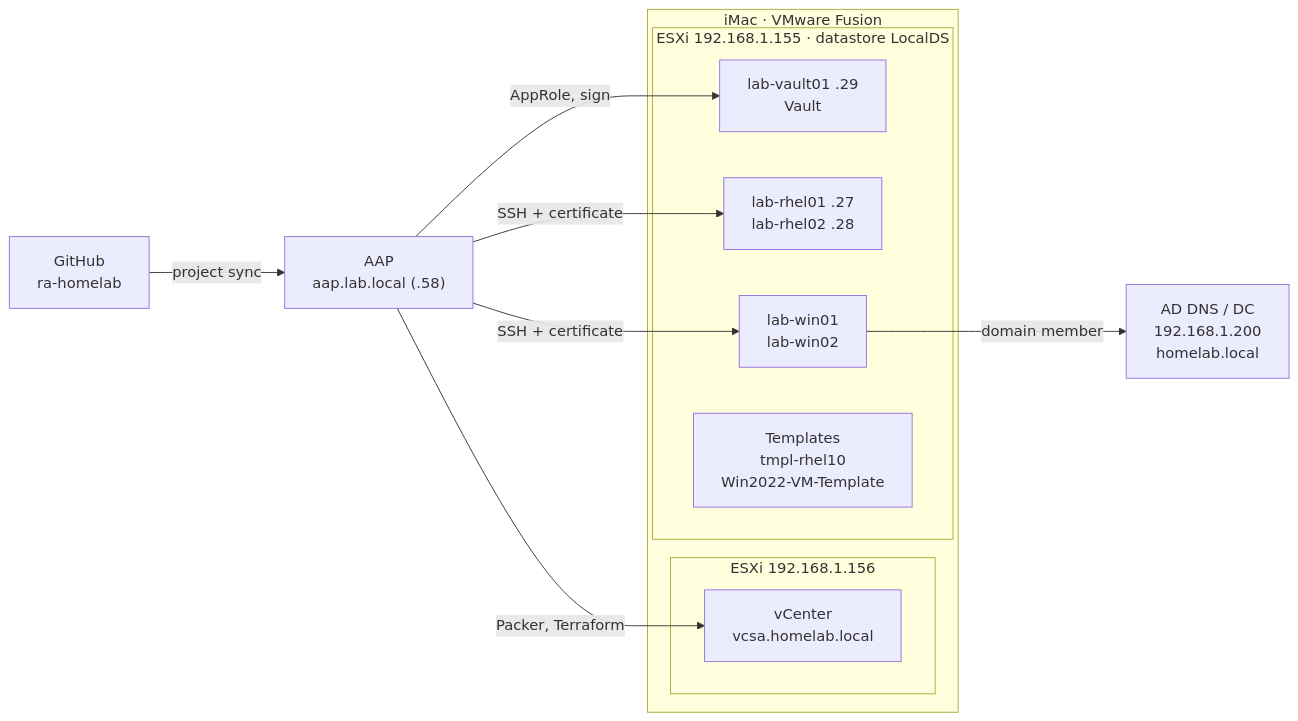
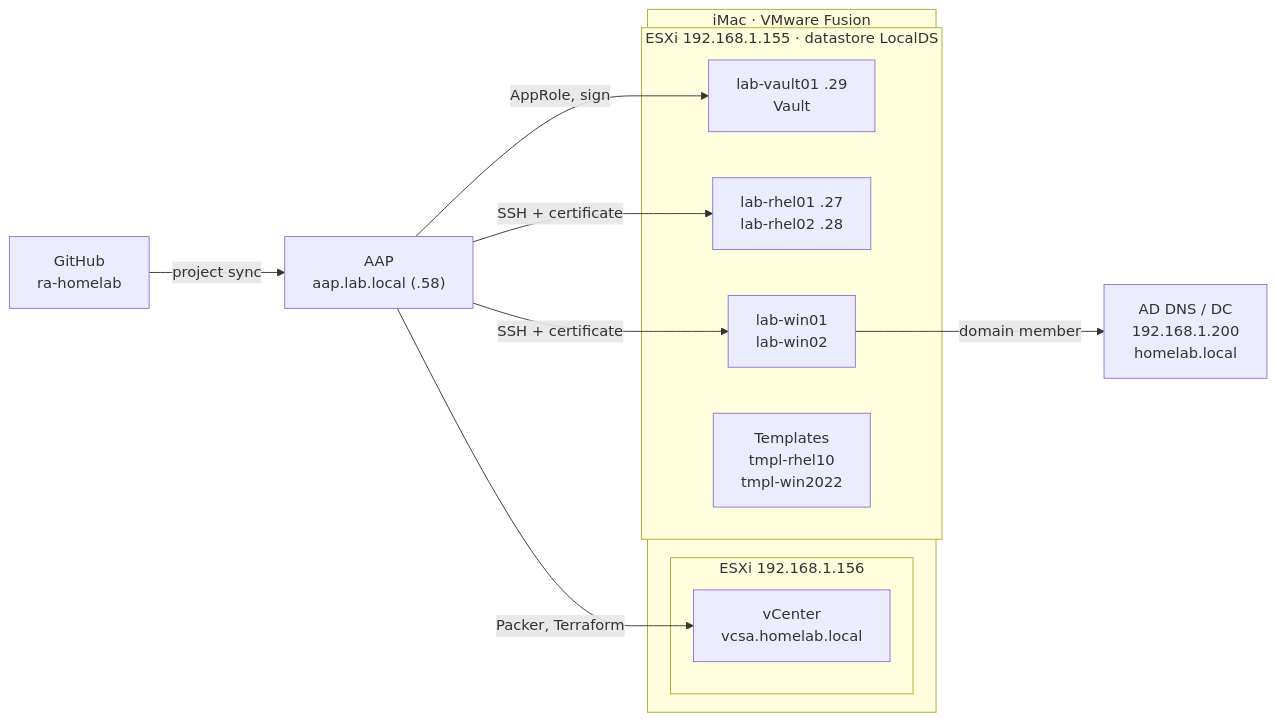
One commit to RamAdhikari/ra-homelab changed the first of 5 diagrams in docs/DESIGN.md. Above: the diagram before and after it, drawn with Mermaid. The commit also changed other lines of this file and 16 other files, not shown here.

````diff
--- a/docs/DESIGN.md
+++ b/docs/DESIGN.md
@@ -46,22 +46,22 @@
 ```mermaid
 flowchart LR
   subgraph Mac["iMac · VMware Fusion"]
     subgraph E156["ESXi 192.168.1.156"]
       VC["vCenter<br/>vcsa.homelab.local"]
     end
     subgraph E155["ESXi 192.168.1.155 · datastore LocalDS"]
       V["lab-vault01 .29<br/>Vault"]
       R["lab-rhel01 .27<br/>lab-rhel02 .28"]
       W["lab-win01<br/>lab-win02"]
-      T["Templates<br/>tmpl-rhel10<br/>Win2022-VM-Template"]
+      T["Templates<br/>tmpl-rhel10<br/>tmpl-win2022"]
     end
   end
   AAP["AAP<br/>aap.lab.local (.58)"]
   DNS["AD DNS / DC<br/>192.168.1.200<br/>homelab.local"]
   GH["GitHub<br/>ra-homelab"]
   GH -->|project sync| AAP
   AAP -->|Packer, Terraform| VC
   AAP -->|SSH + certificate| R & W
   AAP -->|AppRole, sign| V
   W -->|domain member| DNS
 ```
````
